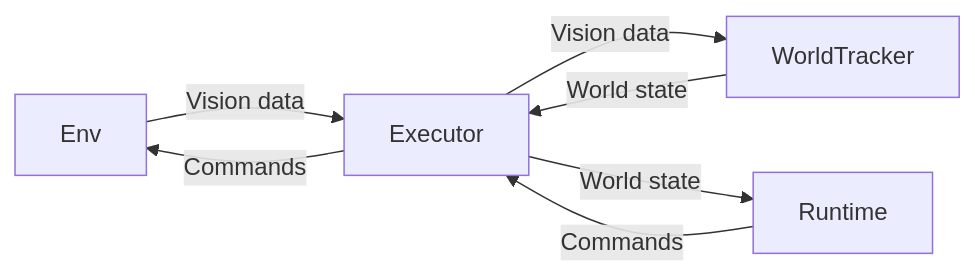
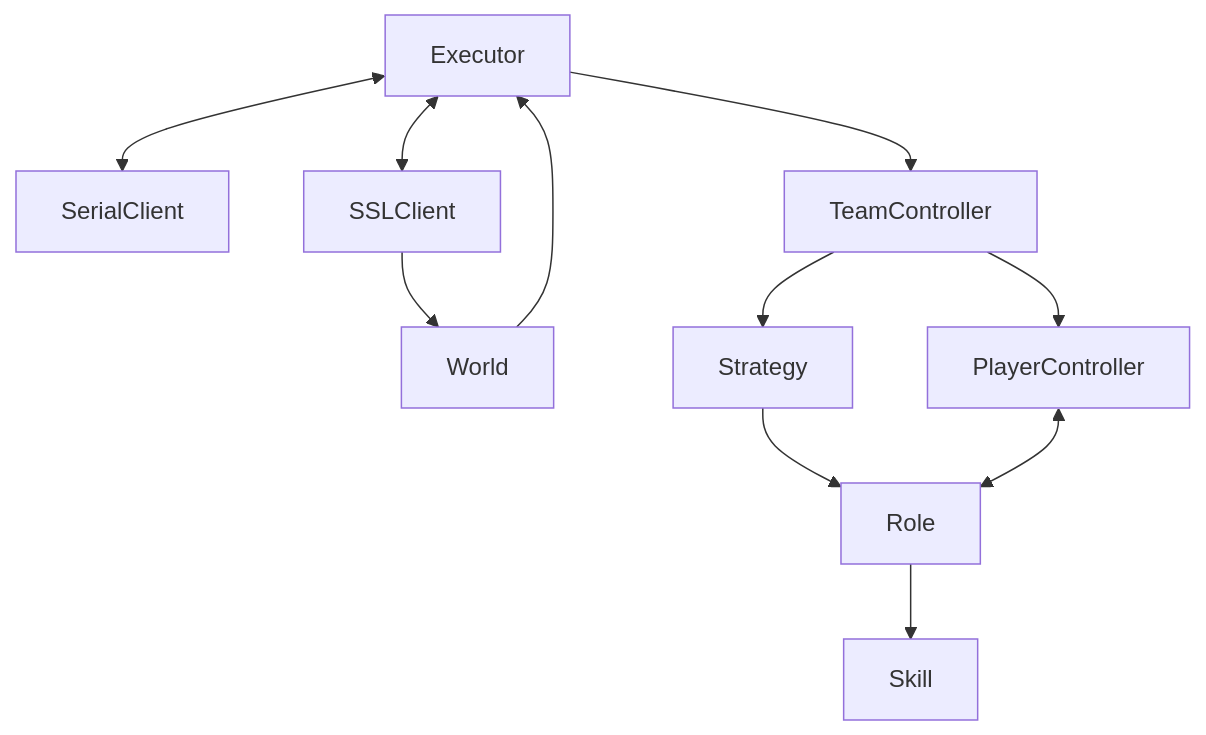
One commit to DelftMercurians/Dies changed the second of 2 diagrams in docs/src/architecture.md. Above: the diagram before and after it, drawn with Mermaid. The commit also changed other lines of this file, not shown here.

````diff
--- a/docs/src/architecture.md
+++ b/docs/src/architecture.md
@@ -39,9 +28,13 @@
 ```mermaid
-graph LR
-    Env -- Vision data --> Executor
-    Executor -- Vision data --> WorldTracker
-    WorldTracker -- World state --> Executor
-    Executor -- World state --> Runtime
-    Runtime -- Commands --> Executor
-    Executor -- Commands --> Env
+graph TD
+Executor <--> SerialClient
+    Executor <--> SSLClient
+    World --> Executor
+    Executor --> TeamController
+    SSLClient --> World
+    TeamController --> PlayerController
+    TeamController --> Strategy
+    Strategy --> Role
+    Role --> Skill
+    PlayerController <--> Role
 ```
````
